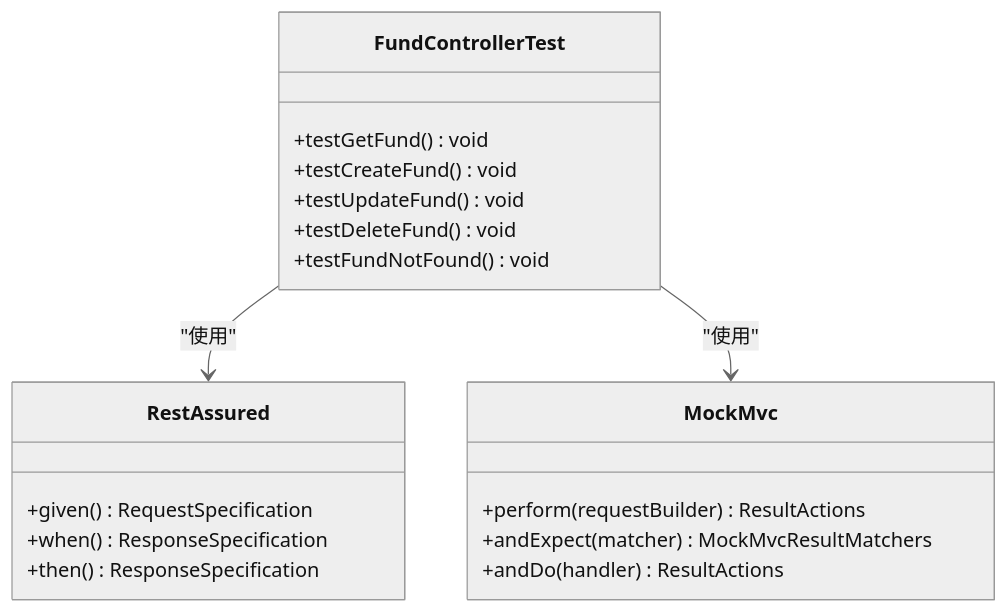
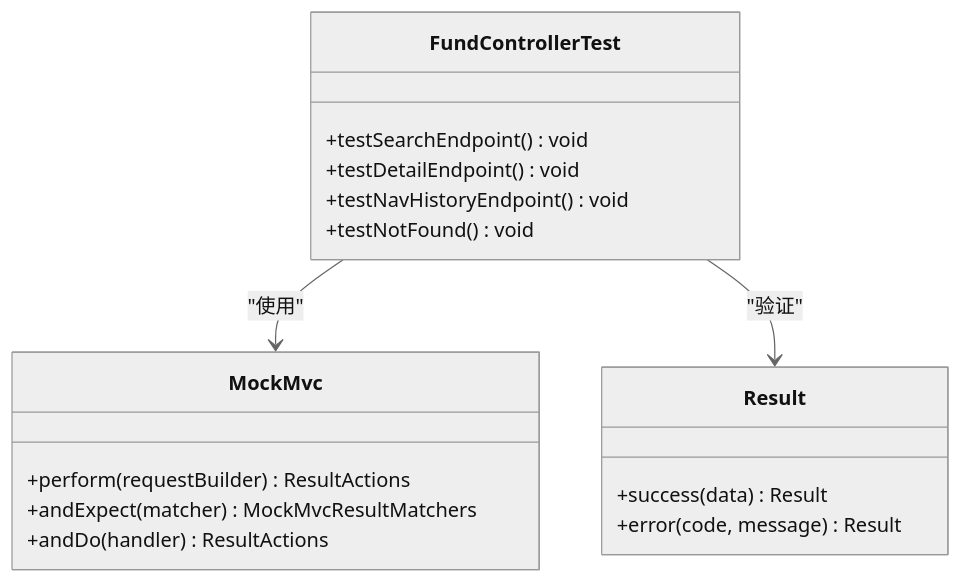
The ninth of 18 diagrams in .qoder/repowiki/zh/content/核心功能开发/测试策略.md (gree-coder/fund-butler), drawn with Mermaid (neutral theme) before and after one commit. The commit also changed other lines of this file and 10 other files, not shown here.

````diff
--- a/.qoder/repowiki/zh/content/核心功能开发/测试策略.md
+++ b/.qoder/repowiki/zh/content/核心功能开发/测试策略.md
@@ -271,22 +320,20 @@
 ```mermaid
 classDiagram
 class FundControllerTest {
-+testGetFund() void
-+testCreateFund() void
-+testUpdateFund() void
-+testDeleteFund() void
-+testFundNotFound() void
-}
-class RestAssured {
-+given() RequestSpecification
-+when() ResponseSpecification
-+then() ResponseSpecification
++testSearchEndpoint() void
++testDetailEndpoint() void
++testNavHistoryEndpoint() void
++testNotFound() void
 }
 class MockMvc {
 +perform(requestBuilder) ResultActions
 +andExpect(matcher) MockMvcResultMatchers
 +andDo(handler) ResultActions
 }
-FundControllerTest --> RestAssured : "使用"
+class Result {
++success(data) Result
++error(code, message) Result
+}
 FundControllerTest --> MockMvc : "使用"
+FundControllerTest --> Result : "验证"
 ```
````
